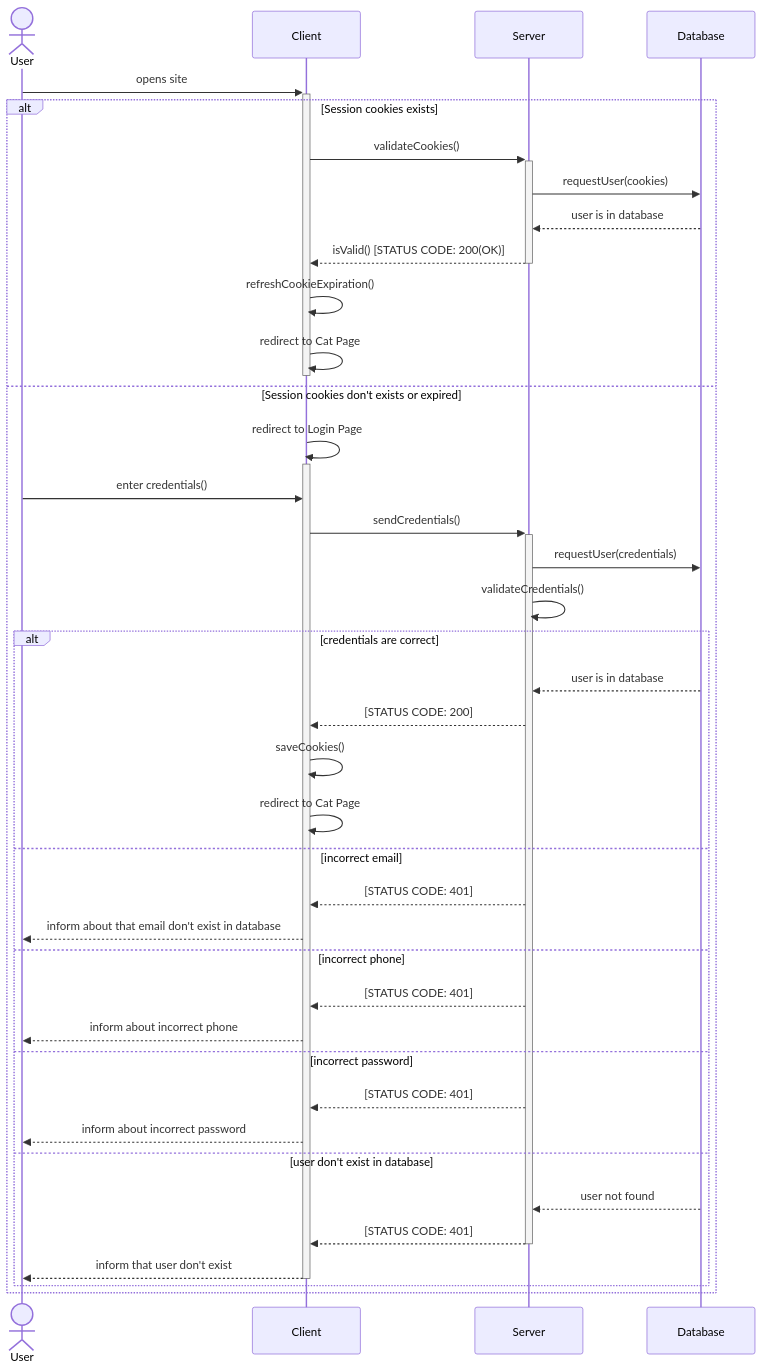
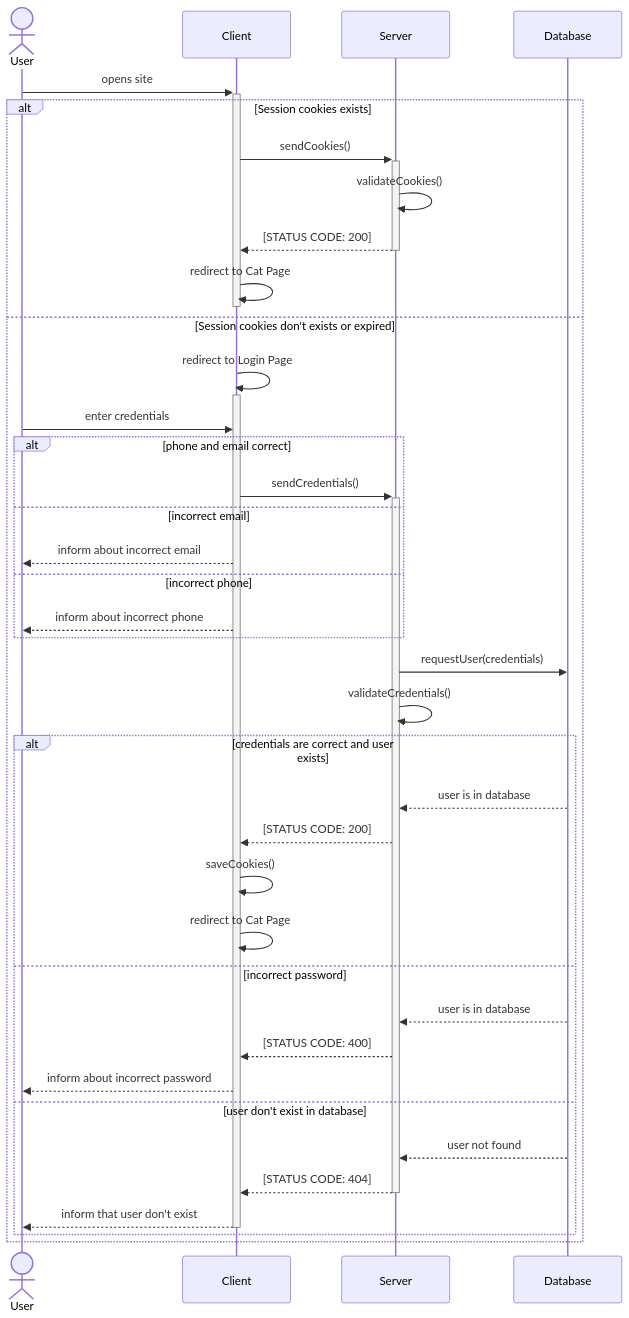
One commit to ArtDash/belousov_rmr_hw_server changed the diagram in SequenceUML_rmr.md. Above: the diagram before and after it, drawn with Mermaid.

Commit message:
Update SequenceUML_rmr.md
Changed email and phone validation to Client;
Changed status codes;
Removed db request from cookies exist case;
Removed refreshCookieExpiration();

````diff
--- a/SequenceUML_rmr.md
+++ b/SequenceUML_rmr.md
@@ -1,46 +1,47 @@
 ```mermaid
 sequenceDiagram
     actor User;
     participant Client;
     participant Server;
     participant Database;
 
     User->>+Client: opens site;
 
     alt Session cookies exists
-        Client->>+Server: validateCookies();
-        Server->>Database: requestUser(cookies);
-        Database-->>Server: user is in database;
-        Server-->>-Client: isValid() [STATUS CODE: 200(OK)];
-        Client->>Client: refreshCookieExpiration();
+        Client->>+Server: sendCookies();
+        Server->>Server: validateCookies();
+        Server-->>-Client: [STATUS CODE: 200];
         Client->>-Client: redirect to Cat Page;
     else Session cookies don't exists or expired
         Client->>+Client: redirect to Login Page;
 
-        User->>Client: enter credentials();
-        Client->>+Server: sendCredentials();
+        User->>Client: enter credentials;
+
+        alt phone and email correct
+            Client->>+Server: sendCredentials();
+        else incorrect email
+            Client-->>User: inform about incorrect email;
+        else incorrect phone
+            Client-->>User: inform about incorrect phone;
+        end
+
         Server->>Database: requestUser(credentials);
         Server->>Server: validateCredentials();
 
 
-        alt credentials are correct
+        alt credentials are correct and user exists
             Database-->>Server: user is in database;
             Server-->>Client: [STATUS CODE: 200];
             Client->>Client: saveCookies();
             Client->>Client: redirect to Cat Page
-        else incorrect email
-            Server-->>Client: [STATUS CODE: 401];
-            Client-->>User: inform about that email don't exist in database;
-        else incorrect phone
-            Server-->>Client: [STATUS CODE: 401];
-            Client-->>User: inform about incorrect phone;
         else incorrect password
-            Server-->>Client: [STATUS CODE: 401];
+            Database-->>Server: user is in database;
+            Server-->>Client: [STATUS CODE: 400];
             Client-->>User: inform about incorrect password;
         else user don't exist in database
             Database-->>Server: user not found;
-            Server-->>-Client: [STATUS CODE: 401];
+            Server-->>-Client: [STATUS CODE: 404];
             Client-->>-User: inform that user don't exist;
         end
     end
 ```
````
